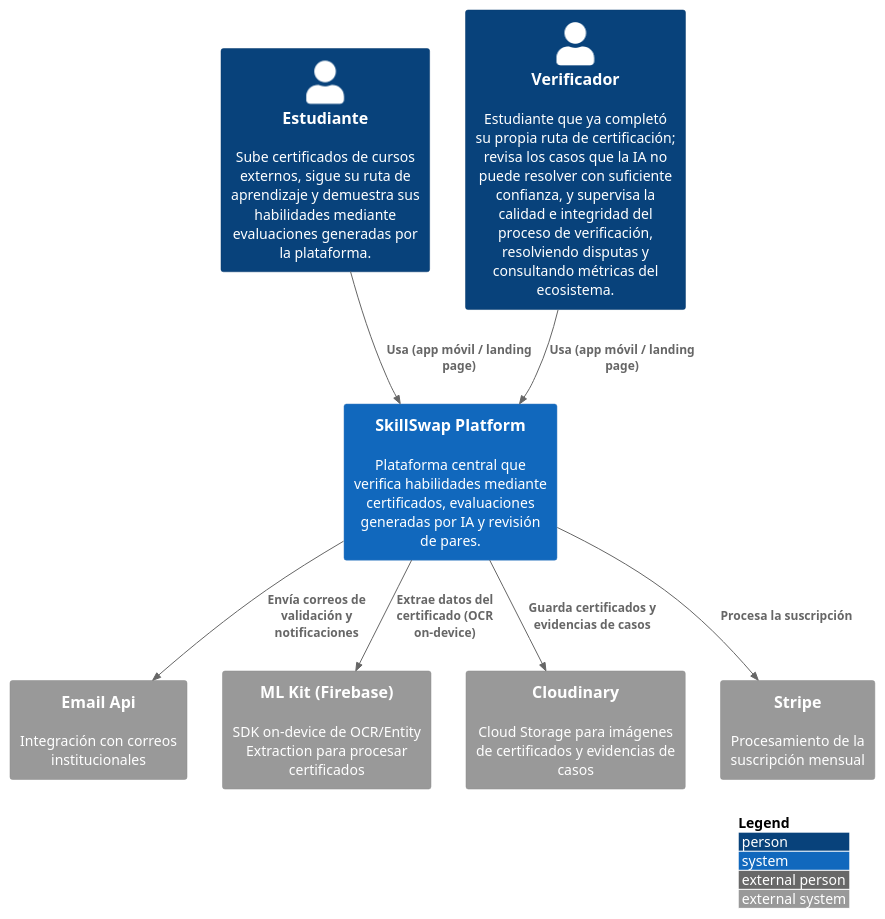
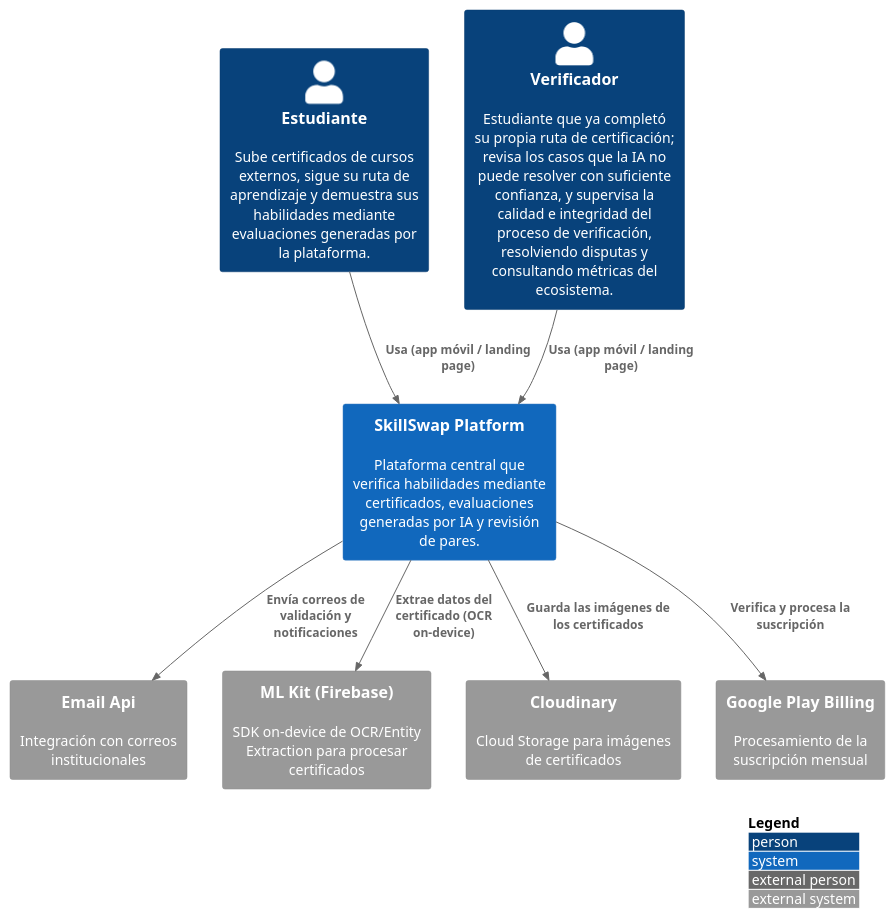
One commit to Aplicaciones-Dispositivos-Moviles/SkillSwap-ProjectReport changed the diagram in DB&C4/System_Context_Diagram.puml. Above: the diagram before and after it, drawn with PlantUML. The commit also changed 17 other files, not shown here.

```diff
--- a/DB&C4/System_Context_Diagram.puml
+++ b/DB&C4/System_Context_Diagram.puml
@@ -1,24 +1,24 @@
 @startuml SkillSwapSystemContext
 !include https://raw.githubusercontent.com/plantuml-stdlib/C4-PlantUML/master/C4_Context.puml
 
 LAYOUT_WITH_LEGEND()
 
 Person(student, "Estudiante", "Sube certificados de cursos externos, sigue su ruta de aprendizaje y demuestra sus habilidades mediante evaluaciones generadas por la plataforma.")
 Person(verifier, "Verificador", "Estudiante que ya completó su propia ruta de certificación; revisa los casos que la IA no puede resolver con suficiente confianza, y supervisa la calidad e integridad del proceso de verificación, resolviendo disputas y consultando métricas del ecosistema.")
 
 System(skillSwapSystem, "SkillSwap Platform", "Plataforma central que verifica habilidades mediante certificados, evaluaciones generadas por IA y revisión de pares.")
 
 System_Ext(emailService, "Email Api", "Integración con correos institucionales")
 System_Ext(mlKitService, "ML Kit (Firebase)", "SDK on-device de OCR/Entity Extraction para procesar certificados")
-System_Ext(cloudStorage, "Cloudinary", "Cloud Storage para imágenes de certificados y evidencias de casos")
-System_Ext(stripeApi, "Stripe", "Procesamiento de la suscripción mensual")
+System_Ext(cloudStorage, "Cloudinary", "Cloud Storage para imágenes de certificados")
+System_Ext(googlePlayBilling, "Google Play Billing", "Procesamiento de la suscripción mensual")
 
 Rel(student, skillSwapSystem, "Usa (app móvil / landing page)")
 Rel(verifier, skillSwapSystem, "Usa (app móvil / landing page)")
 
 Rel(skillSwapSystem, emailService, "Envía correos de validación y notificaciones")
 Rel(skillSwapSystem, mlKitService, "Extrae datos del certificado (OCR on-device)")
-Rel(skillSwapSystem, cloudStorage, "Guarda certificados y evidencias de casos")
-Rel(skillSwapSystem, stripeApi, "Procesa la suscripción")
+Rel(skillSwapSystem, cloudStorage, "Guarda las imágenes de los certificados")
+Rel(skillSwapSystem, googlePlayBilling, "Verifica y procesa la suscripción")
 
 @enduml
```
